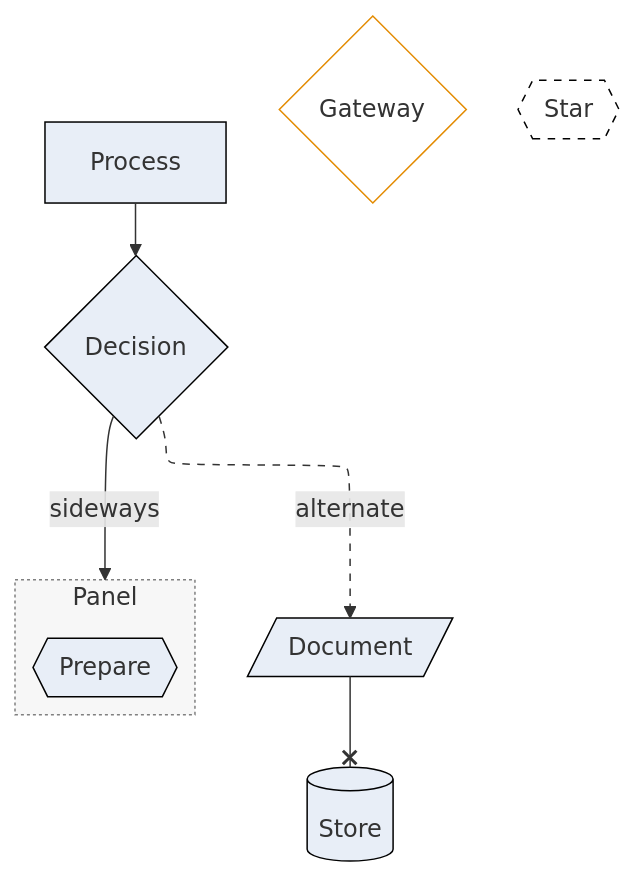
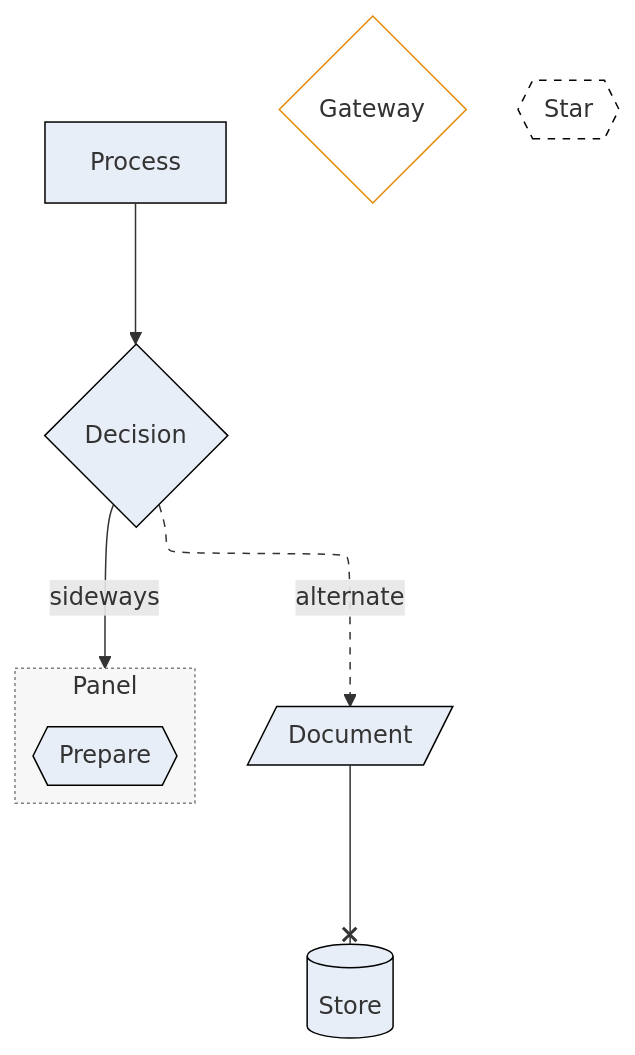
One commit to d-led/yed2mermaid changed the diagram in example/palette.mmd. Above: the diagram before and after it, drawn with Mermaid. The commit also changed 7 other files, not shown here.

```diff
--- a/example/palette.mmd
+++ b/example/palette.mmd
@@ -1,29 +1,29 @@
 ---
 config:
   layout: elk
 ---
 flowchart TD
   p0["Process"]
   p1{"Decision"}
   %% yed2mermaid: com.yworks.flowchart.document is drawn as parallelogram (node p2)
   p2[/"Document"/]
   p3[("Store")]
   p4{"Gateway"}
   %% yed2mermaid: y:ShapeNode is drawn as hexagon (node p5)
   p5{{"Star"}}
   subgraph g0["Panel"]
     g0_n0{{"Prepare"}}
   end
-  p0 --> p1
+  p0 -- "#8203;" --> p1
   p1 -. "alternate" .-> p2
-  p2 --x p3
+  p2 -- "#8203;" --x p3
   p1 -- "sideways" --> g0
 style p0 fill:#E8EEF7,stroke:#000000,stroke-width:1px
 style p1 fill:#E8EEF7,stroke:#000000,stroke-width:1px
 style p2 fill:#E8EEF7,stroke:#000000,stroke-width:1px
 style p3 fill:#E8EEF7,stroke:#000000,stroke-width:1px
 style p4 fill:#FFFFFFE6,stroke:#E38B00,stroke-width:1px
 style p5 fill:none,stroke:#000000,stroke-width:1px,stroke-dasharray:5 5
 style g0_n0 fill:#E8EEF7,stroke:#000000,stroke-width:1px
 style g0 fill:#F7F7F7,stroke:#808080,stroke-width:1px,stroke-dasharray:2 2
 linkStyle 1 stroke-dasharray:5 5
```
